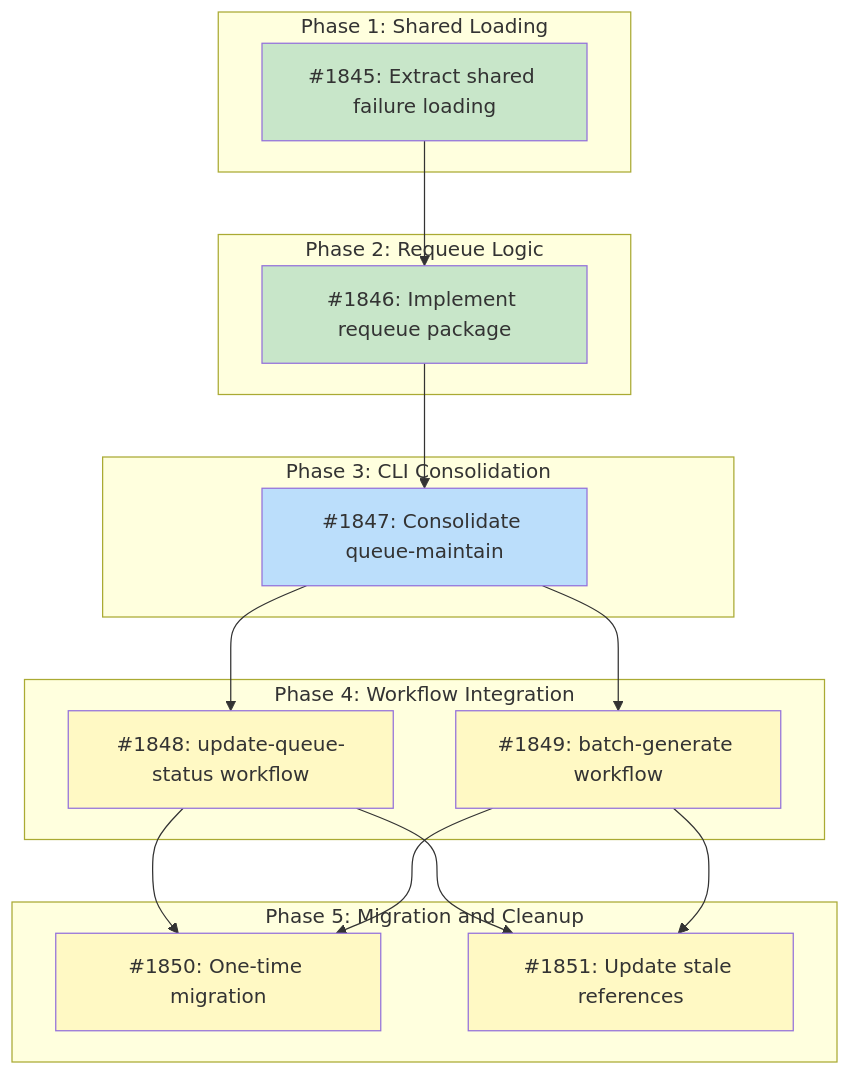
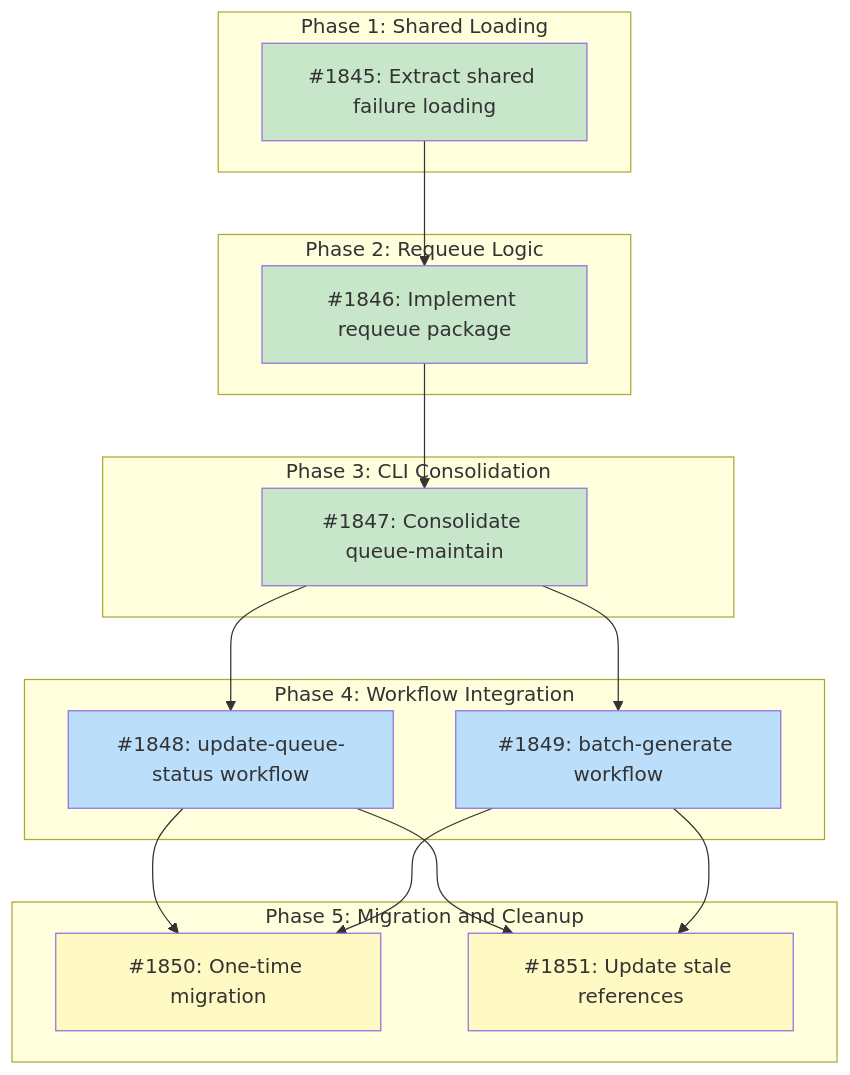
The diagram in docs/designs/DESIGN-requeue-on-recipe-merge.md (tsukumogami/tsuku), drawn with Mermaid before and after one commit. The commit also changed other lines of this file, not shown here.

Commit message:
docs(design): mark #1847 complete, unblock #1848 and #1849

````diff
--- a/docs/designs/DESIGN-requeue-on-recipe-merge.md
+++ b/docs/designs/DESIGN-requeue-on-recipe-merge.md
@@ -63,44 +63,44 @@
 ```mermaid
 graph TD
     subgraph Phase1["Phase 1: Shared Loading"]
         I1845["#1845: Extract shared failure loading"]
     end
 
     subgraph Phase2["Phase 2: Requeue Logic"]
         I1846["#1846: Implement requeue package"]
     end
 
     subgraph Phase3["Phase 3: CLI Consolidation"]
         I1847["#1847: Consolidate queue-maintain"]
     end
 
     subgraph Phase4["Phase 4: Workflow Integration"]
         I1848["#1848: update-queue-status workflow"]
         I1849["#1849: batch-generate workflow"]
     end
 
     subgraph Phase5["Phase 5: Migration and Cleanup"]
         I1850["#1850: One-time migration"]
         I1851["#1851: Update stale references"]
     end
 
     I1845 --> I1846
     I1846 --> I1847
     I1847 --> I1848
     I1847 --> I1849
     I1848 --> I1850
     I1849 --> I1850
     I1848 --> I1851
     I1849 --> I1851
 
     classDef done fill:#c8e6c9
     classDef ready fill:#bbdefb
     classDef blocked fill:#fff9c4
     classDef needsDesign fill:#e1bee7
     classDef tracksDesign fill:#FFE0B2,stroke:#F57C00,color:#000
 
     class I1845 done
-    class I1846 done
-    class I1847 ready
-    class I1848,I1849,I1850,I1851 blocked
+    class I1846,I1847 done
+    class I1848,I1849 ready
+    class I1850,I1851 blocked
 ```
````
